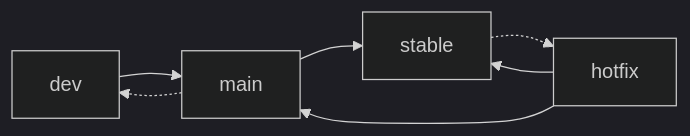
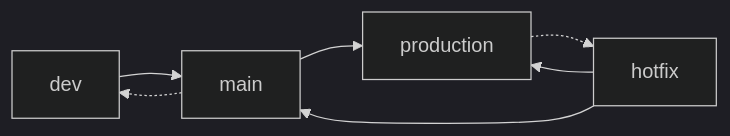
One commit to Mauwii/django_devops changed the first of 4 diagrams in docs/workflow/1-repository.md. Above: the diagram before and after it, drawn with Mermaid (dark theme). The commit also changed other lines of this file and 17 other files, not shown here.

Commit message:
updates to docs, pipelines and settings - updated docs - publish docs for main branch - added path to mkdocs yaml schema in .vscode/settings - trigger pipeline also for issue/ and feature/ branches    - execlude feature/experimental/ since it has a seperate pipeline

`````diff
--- a/docs/workflow/1-repository.md
+++ b/docs/workflow/1-repository.md
@@ -31,8 +31,8 @@
 ````mermaid
 graph LR
     dev --> main;
     main -.-> dev;
-    main --> stable;
-    stable -.-> hotfix;
-    hotfix --> stable & main;
+    main --> production;
+    production -.-> hotfix;
+    hotfix --> production & main;
 ````
`````
